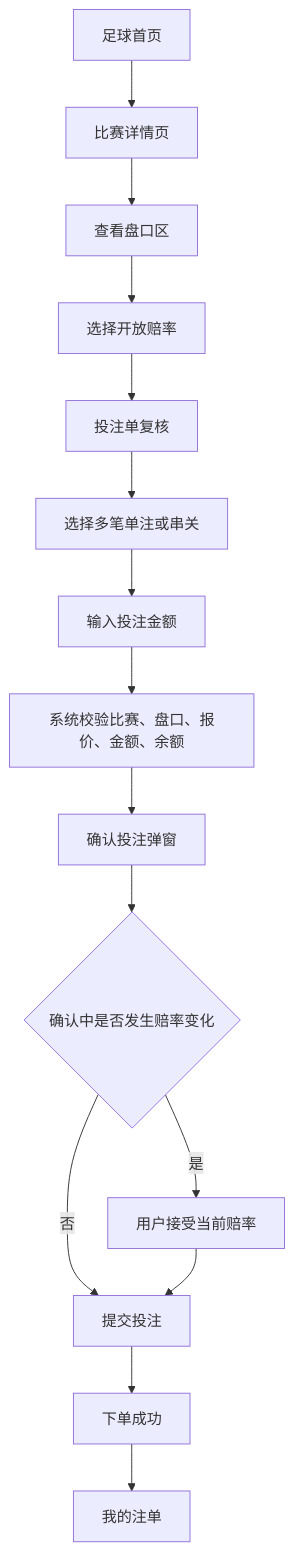
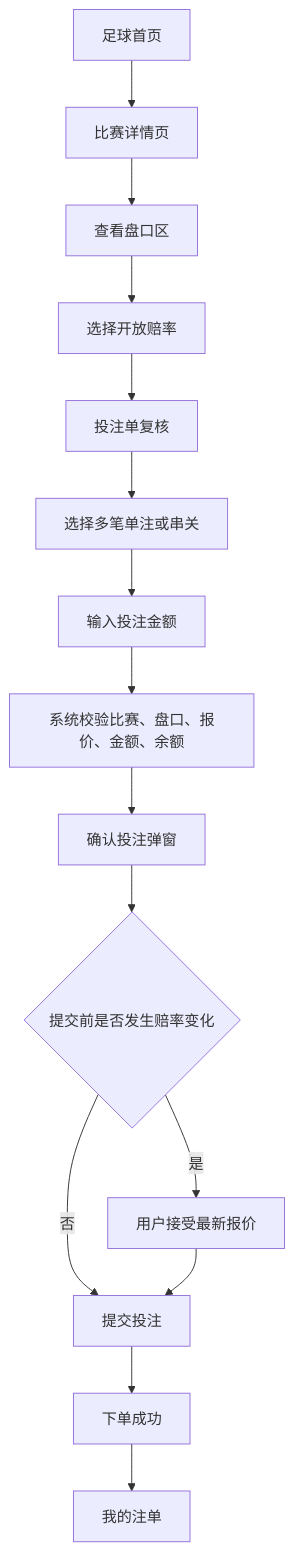
One commit to Errance/TurboFlow changed the first of 6 diagrams in Stake足球盘口研究/04_正式产品文档/TurboFlow足球盘口产品需求文档_v4.3.md. Above: the diagram before and after it, drawn with Mermaid. The commit also changed other lines of this file and 10 other files, not shown here.

````diff
--- a/Stake足球盘口研究/04_正式产品文档/TurboFlow足球盘口产品需求文档_v4.3.md
+++ b/Stake足球盘口研究/04_正式产品文档/TurboFlow足球盘口产品需求文档_v4.3.md
@@ -127,17 +126,17 @@
 ```mermaid
 flowchart TD
   soccerHome[足球首页] --> matchDetail[比赛详情页]
   matchDetail --> marketArea[查看盘口区]
   marketArea --> chooseOdds[选择开放赔率]
   chooseOdds --> betSlip[投注单复核]
   betSlip --> betMode[选择多笔单注或串关]
   betMode --> amountInput[输入投注金额]
   amountInput --> validation[系统校验比赛、盘口、报价、金额、余额]
   validation --> confirmDialog[确认投注弹窗]
-  confirmDialog --> oddsChanged{确认中是否发生赔率变化}
-  oddsChanged -->|"是"| acceptOdds[用户接受当前赔率]
+  confirmDialog --> oddsChanged{提交前是否发生赔率变化}
+  oddsChanged -->|"是"| acceptOdds[用户接受最新报价]
   oddsChanged -->|"否"| submitBet[提交投注]
   acceptOdds --> submitBet
   submitBet --> success[下单成功]
   success --> myBets[我的注单]
 ```
````
